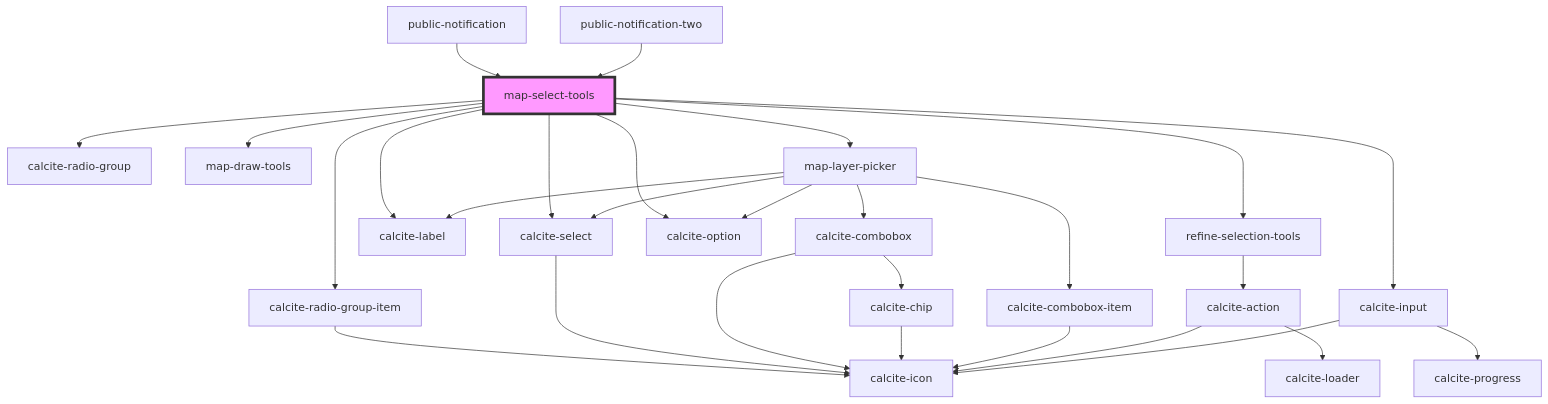
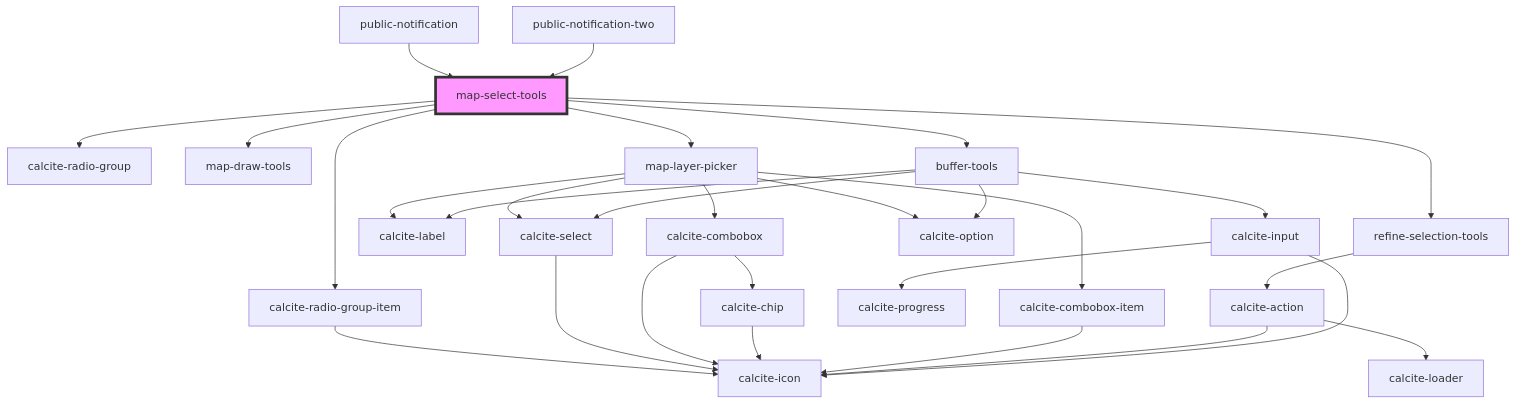
Before and after one commit to Esri/solutions-components: the diagram in src/components/map-select-tools/readme.md, drawn with Mermaid. The commit also changed other lines of this file and 10 other files, not shown here.

Commit message:
make new component for buffer tools

````diff
--- a/src/components/map-select-tools/readme.md
+++ b/src/components/map-select-tools/readme.md
@@ -91,31 +89,32 @@
 ```mermaid
 graph TD;
   map-select-tools --> calcite-radio-group
   map-select-tools --> calcite-radio-group-item
   map-select-tools --> map-draw-tools
   map-select-tools --> map-layer-picker
   map-select-tools --> refine-selection-tools
-  map-select-tools --> calcite-label
-  map-select-tools --> calcite-input
-  map-select-tools --> calcite-select
-  map-select-tools --> calcite-option
+  map-select-tools --> buffer-tools
   calcite-radio-group-item --> calcite-icon
   map-layer-picker --> calcite-label
   map-layer-picker --> calcite-select
   map-layer-picker --> calcite-combobox
   map-layer-picker --> calcite-combobox-item
   map-layer-picker --> calcite-option
   calcite-select --> calcite-icon
   calcite-combobox --> calcite-chip
   calcite-combobox --> calcite-icon
   calcite-chip --> calcite-icon
   calcite-combobox-item --> calcite-icon
   refine-selection-tools --> calcite-action
   calcite-action --> calcite-loader
   calcite-action --> calcite-icon
+  buffer-tools --> calcite-label
+  buffer-tools --> calcite-input
+  buffer-tools --> calcite-select
+  buffer-tools --> calcite-option
   calcite-input --> calcite-progress
   calcite-input --> calcite-icon
   public-notification --> map-select-tools
   public-notification-two --> map-select-tools
   style map-select-tools fill:#f9f,stroke:#333,stroke-width:4px
 ```
````
